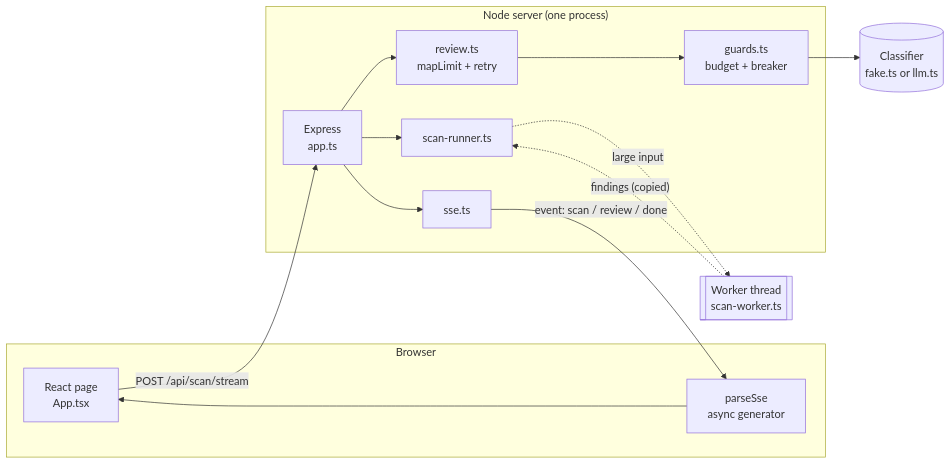
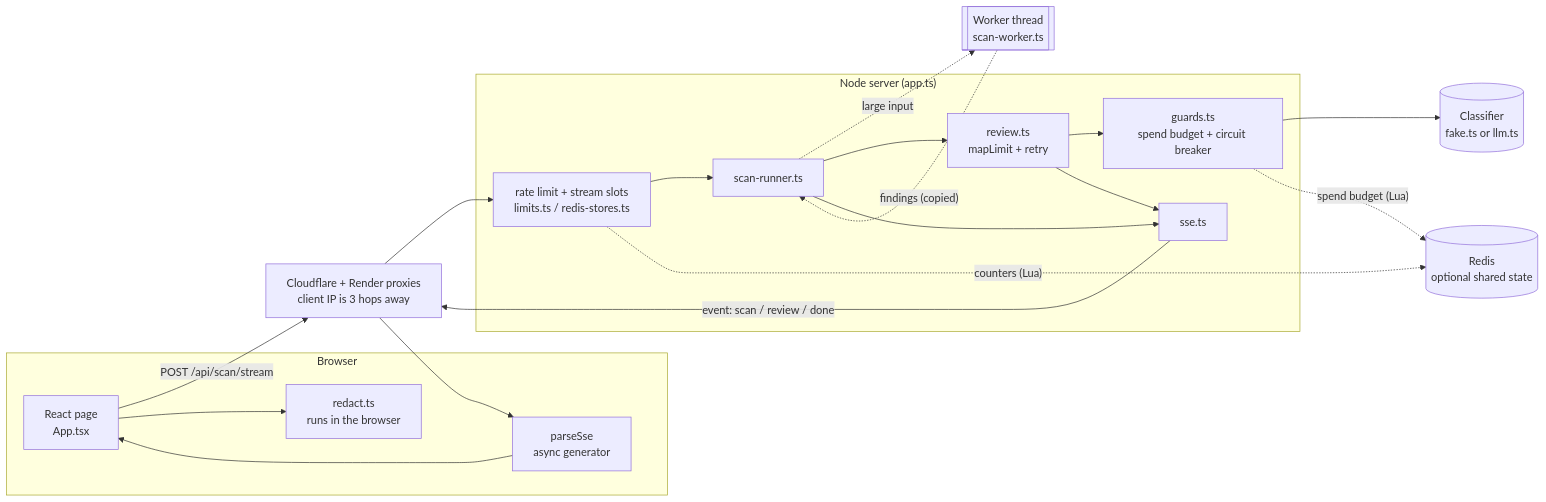
Before and after one commit to NaftaliD/pii-scout: the diagram in README.md, drawn with Mermaid. The commit also changed other lines of this file, not shown here.

Commit message:
README: update architecture diagram, request flow, guards and deployment for Redis, rate limits and Redact

````diff
--- a/README.md
+++ b/README.md
@@ -35,24 +45,31 @@
 ```mermaid
 flowchart LR
   subgraph Browser
     UI[React page<br/>App.tsx]
     P[parseSse<br/>async generator]
+    R[redact.ts<br/>runs in the browser]
   end
-  subgraph "Node server (one process)"
-    API[Express<br/>app.ts]
+  EDGE[Cloudflare + Render proxies<br/>client IP is 3 hops away]
+  subgraph "Node server (app.ts)"
+    MW[rate limit + stream slots<br/>limits.ts / redis-stores.ts]
     RUN[scan-runner.ts]
     REV[review.ts<br/>mapLimit + retry]
-    G[guards.ts<br/>budget + breaker]
+    G[guards.ts<br/>spend budget + circuit breaker]
     SSE[sse.ts]
   end
   W[[Worker thread<br/>scan-worker.ts]]
   C[(Classifier<br/>fake.ts or llm.ts)]
+  RD[(Redis<br/>optional shared state)]
 
-  UI -- "POST /api/scan/stream" --> API
-  API --> RUN
+  UI -- "POST /api/scan/stream" --> EDGE --> MW
+  MW --> RUN
   RUN -. "large input" .-> W
   W -. "findings (copied)" .-> RUN
-  API --> REV --> G --> C
-  API --> SSE
-  SSE -- "event: scan / review / done" --> P --> UI
+  RUN --> REV --> G --> C
+  MW -. "counters (Lua)" .-> RD
+  G -. "spend budget (Lua)" .-> RD
+  RUN --> SSE
+  REV --> SSE
+  SSE -- "event: scan / review / done" --> EDGE --> P --> UI
+  UI --> R
 ```
````
